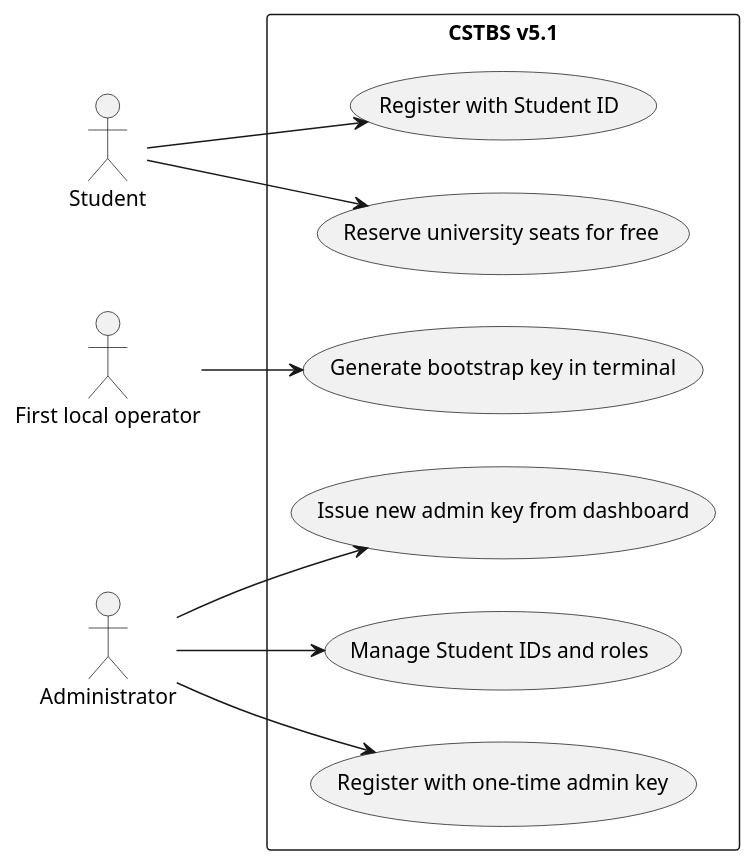
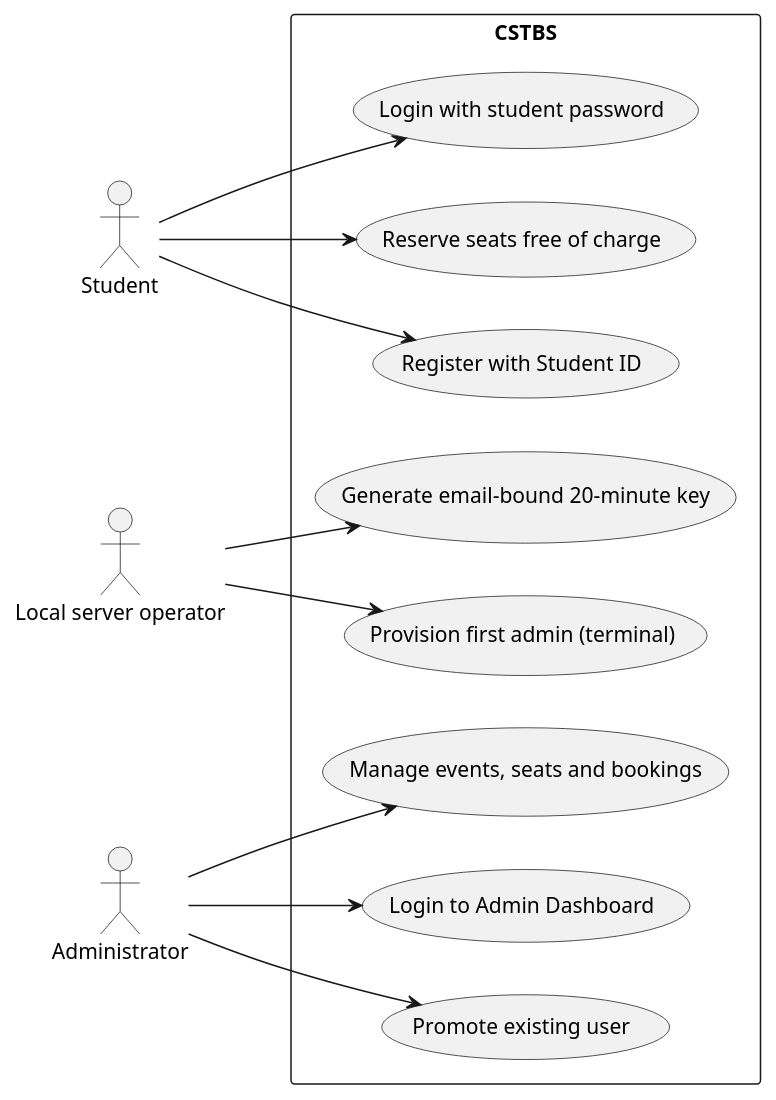
The first of 4 diagrams in docs/uml.md (ItsMONIKAAKTER/CSTBS), drawn with PlantUML before and after one commit. The commit also changed other lines of this file and 32 other files, not shown here.

````diff
--- a/docs/uml.md
+++ b/docs/uml.md
@@ -5,22 +5,26 @@
 ```plantuml
 @startuml
 left to right direction
 actor Student
-actor "First local operator" as Operator
+actor "Local server operator" as Operator
 actor Administrator
-rectangle "CSTBS v5.1" {
-  usecase "Register with Student ID" as StudentReg
-  usecase "Generate bootstrap key in terminal" as Bootstrap
-  usecase "Register with one-time admin key" as AdminReg
-  usecase "Issue new admin key from dashboard" as Issue
-  usecase "Manage Student IDs and roles" as Manage
-  usecase "Reserve university seats for free" as Booking
+rectangle CSTBS {
+  usecase "Register with Student ID" as SR
+  usecase "Login with student password" as SL
+  usecase "Provision first admin (terminal)" as Setup
+  usecase "Generate email-bound 20-minute key" as Key
+  usecase "Login to Admin Dashboard" as AL
+  usecase "Promote existing user" as Promote
+  usecase "Manage events, seats and bookings" as Manage
+  usecase "Reserve seats free of charge" as Book
 }
-Student --> StudentReg
-Student --> Booking
-Operator --> Bootstrap
-Administrator --> AdminReg
-Administrator --> Issue
+Student --> SR
+Student --> SL
+Student --> Book
+Operator --> Setup
+Operator --> Key
+Administrator --> AL
+Administrator --> Promote
 Administrator --> Manage
 @enduml
 ```
````
